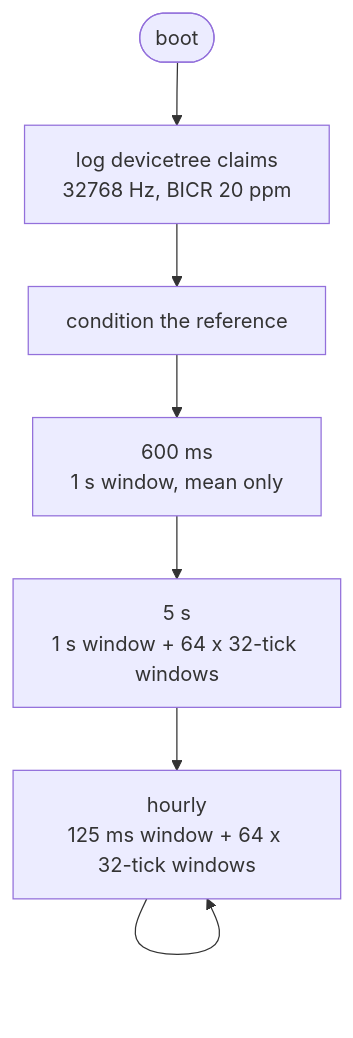
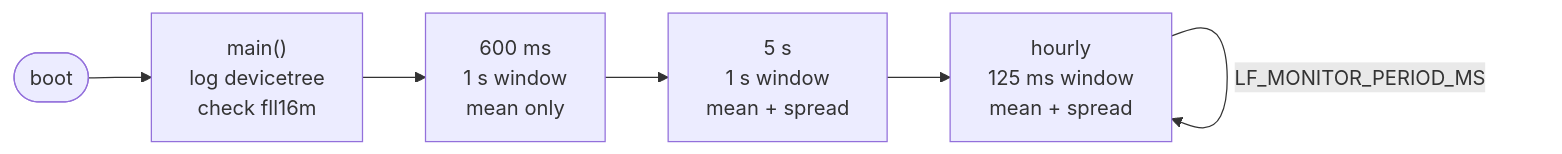
Before and after one commit to droidecahedron/lfclk_probe: the third of 4 diagrams in README.md, drawn with Mermaid. The commit also changed other lines of this file, not shown here.

````diff
--- a/README.md
+++ b/README.md
@@ -61,12 +65,8 @@
 ```mermaid
-flowchart TD
-    boot(["boot"]) --> dt["log devicetree claims<br/>32768 Hz, BICR 20 ppm"]
-    %% ask fll16m for its best accuracy, get 30 ppm
-    dt --> ref["condition the reference"]
-    %% separates dead from slow to start
-    ref --> early["600 ms<br/>1 s window, mean only"]
-    %% past the LFXO calibration window
-    early --> late["5 s<br/>1 s window + 64 x 32-tick windows"]
-    late --> poll["hourly<br/>125 ms window + 64 x 32-tick windows"]
-    poll --> poll
+flowchart LR
+    boot(["boot"]) --> ref["main()<br/>log devicetree<br/>check fll16m"]
+    ref --> early["600 ms<br/>1 s window<br/>mean only"]
+    early --> late["5 s<br/>1 s window<br/>mean + spread"]
+    late --> poll["hourly<br/>125 ms window<br/>mean + spread"]
+    poll -->|"LF_MONITOR_PERIOD_MS"| poll
 ```
````
